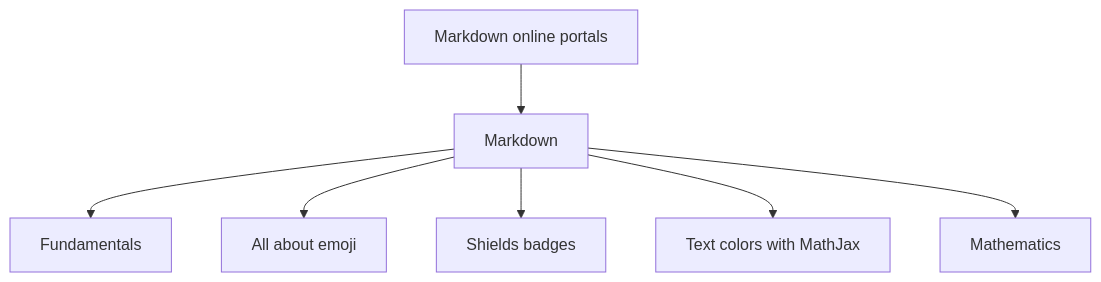
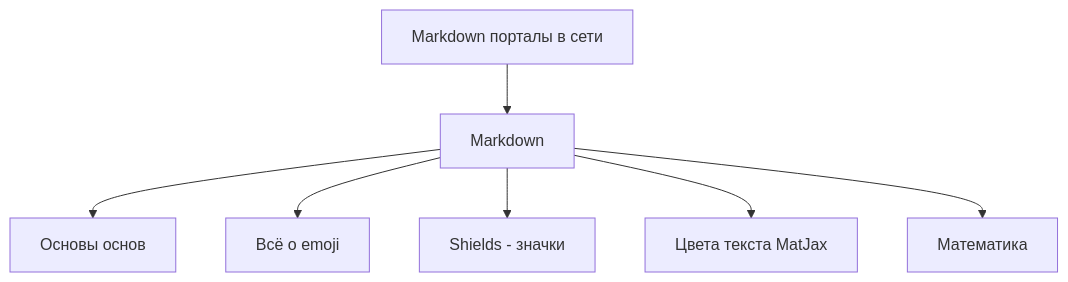
Before and after one commit to Dvurechensky/Dvurechensky: the fourth of 7 diagrams in docs/en.md, drawn with Mermaid. The commit also changed other lines of this file and 2 other files, not shown here.

````diff
--- a/docs/en.md
+++ b/docs/en.md
@@ -219,10 +216,10 @@
 ```mermaid
 graph TD
-  C[Markdown online portals]
+  C[Markdown порталы в сети]
   C --> H[Markdown]
-  H --> K[Fundamentals]
-  H --> L[All about emoji]
-  H --> Z[Shields badges]
-  H --> X[Text colors with MathJax]
-  H --> V[Mathematics]
+  H --> K[Основы основ]
+  H --> L[Всё о emoji]
+  H --> Z[Shields - значки]
+  H --> X[Цвета текста MatJax]
+  H --> V[Математика]
 ```
````
